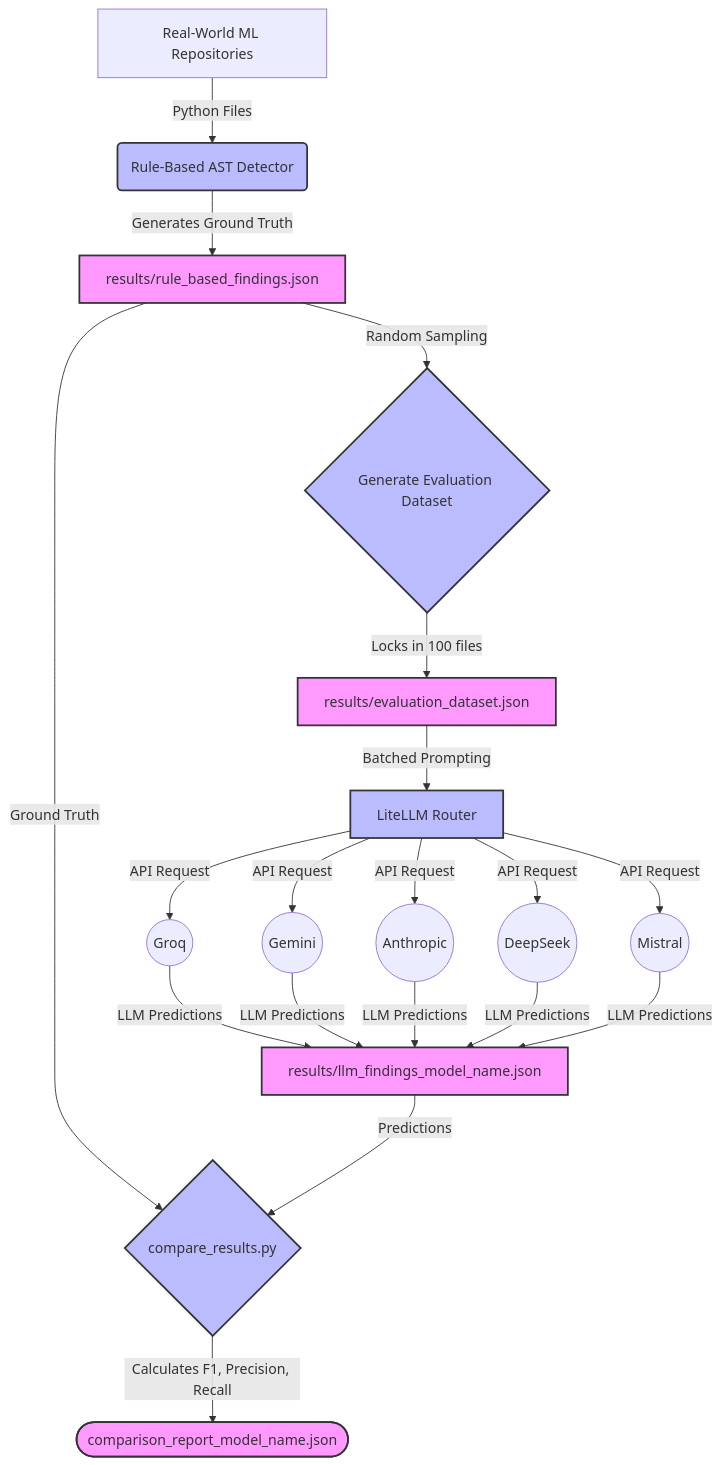
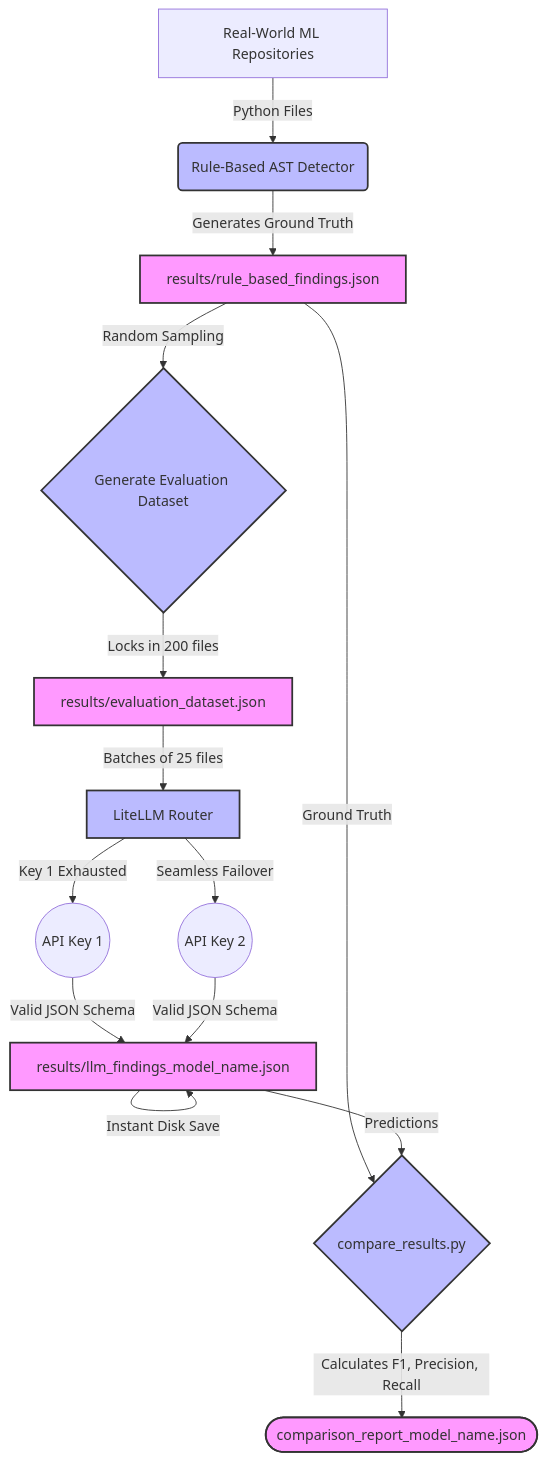
The diagram in README.md (Supl3x/AlgoDebt), drawn with Mermaid before and after one commit. The commit also changed other lines of this file and 1 other file, not shown here.

````diff
--- a/README.md
+++ b/README.md
@@ -24,28 +33,26 @@
 ```mermaid
 graph TD
     A[Real-World ML Repositories] -->|Python Files| B(Rule-Based AST Detector)
     B -->|Generates Ground Truth| C[results/rule_based_findings.json]
     
     C -->|Random Sampling| D{Generate Evaluation Dataset}
-    D -->|Locks in 100 files| E[results/evaluation_dataset.json]
+    D -->|Locks in 200 files| E[results/evaluation_dataset.json]
     
-    E -->|Batched Prompting| F[LiteLLM Router]
+    E -->|Batches of 25 files| F[LiteLLM Router]
     
-    F -->|API Request| G1((Groq))
-    F -->|API Request| G2((Gemini))
-    F -->|API Request| G3((Anthropic))
-    F -->|API Request| G4((DeepSeek))
-    F -->|API Request| G5((Mistral))
+    F -->|Key 1 Exhausted| G1((API Key 1))
+    F -->|Seamless Failover| G2((API Key 2))
     
-    G1 & G2 & G3 & G4 & G5 -->|LLM Predictions| H[results/llm_findings_model_name.json]
+    G1 & G2 -->|Valid JSON Schema| H[results/llm_findings_model_name.json]
+    H -->|Instant Disk Save| H
     
     C -->|Ground Truth| I{compare_results.py}
     H -->|Predictions| I
     
     I -->|Calculates F1, Precision, Recall| J([comparison_report_model_name.json])
     
     classDef file fill:#f9f,stroke:#333,stroke-width:2px;
     classDef script fill:#bbf,stroke:#333,stroke-width:2px;
     class C,E,H,J file;
     class B,D,F,I script;
 ```
````
